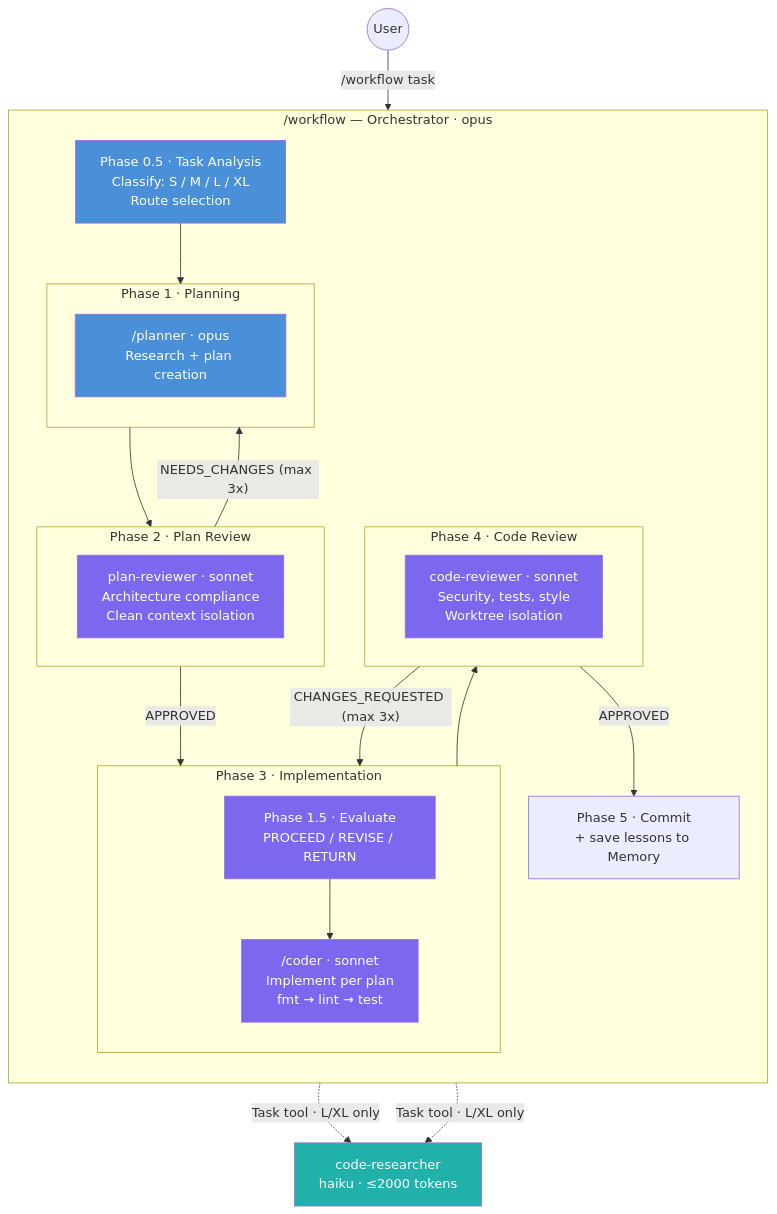
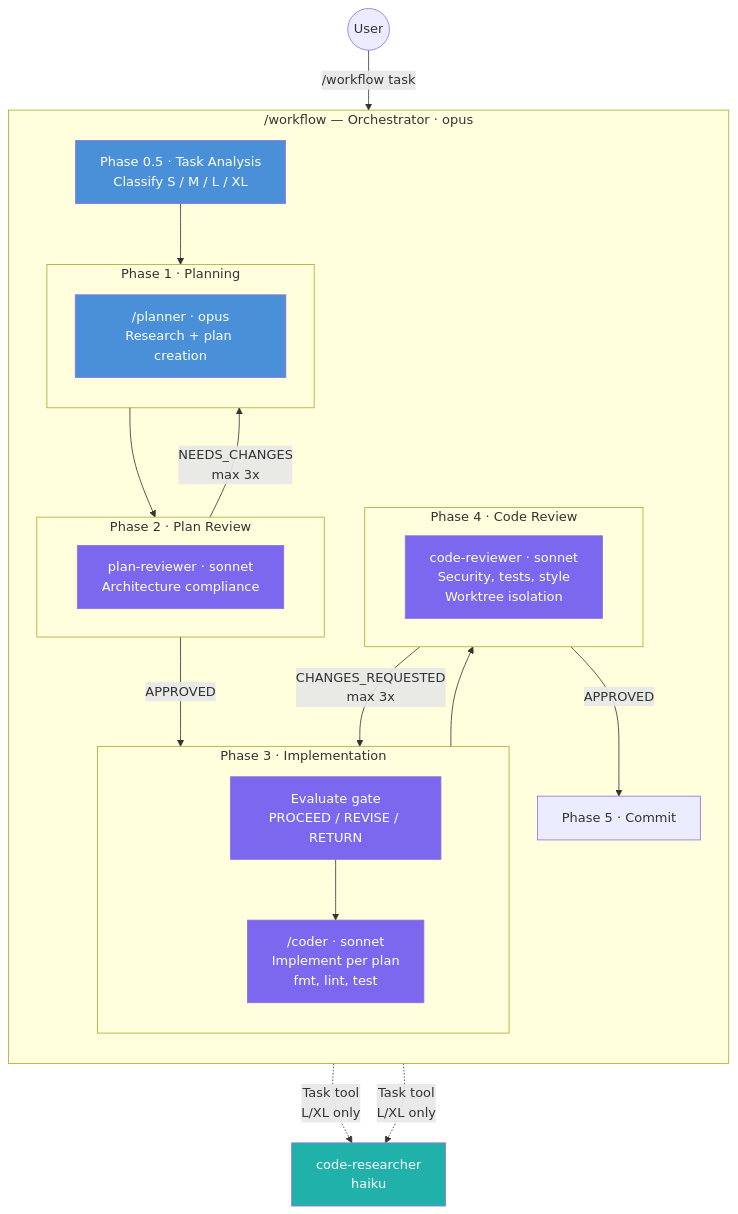
One commit to hex0xdeadbeef/claude-kit changed the first of 4 diagrams in README.md. Above: the diagram before and after it, drawn with Mermaid. The commit also changed other lines of this file, not shown here.

````diff
--- a/README.md
+++ b/README.md
@@ -178,49 +178,49 @@
 ```mermaid
 flowchart TB
-    USER((User)) -->|"/workflow task"| WF
+    USER((User)) -->|/workflow task| WF
 
     subgraph WF ["/workflow — Orchestrator · opus"]
         direction TB
-        TA["Phase 0.5 · Task Analysis\nClassify: S / M / L / XL\nRoute selection"]
+        TA[Phase 0.5 · Task Analysis<br/>Classify S / M / L / XL]
 
-        subgraph PLAN ["Phase 1 · Planning"]
-            PL["/planner · opus\nResearch + plan creation"]
+        subgraph PLAN [Phase 1 · Planning]
+            PL["/planner · opus<br/>Research + plan creation"]
         end
 
-        subgraph REVIEW1 ["Phase 2 · Plan Review"]
-            PR["plan-reviewer · sonnet\nArchitecture compliance\nClean context isolation"]
+        subgraph REVIEW1 [Phase 2 · Plan Review]
+            PR["plan-reviewer · sonnet<br/>Architecture compliance"]
         end
 
-        subgraph IMPL ["Phase 3 · Implementation"]
-            EV["Phase 1.5 · Evaluate\nPROCEED / REVISE / RETURN"]
-            CO["/coder · sonnet\nImplement per plan\nfmt → lint → test"]
+        subgraph IMPL [Phase 3 · Implementation]
+            EV[Evaluate gate<br/>PROCEED / REVISE / RETURN]
+            CO["/coder · sonnet<br/>Implement per plan<br/>fmt, lint, test"]
             EV --> CO
         end
 
-        subgraph REVIEW2 ["Phase 4 · Code Review"]
-            CR["code-reviewer · sonnet\nSecurity, tests, style\nWorktree isolation"]
+        subgraph REVIEW2 [Phase 4 · Code Review]
+            CR["code-reviewer · sonnet<br/>Security, tests, style<br/>Worktree isolation"]
         end
 
-        DONE["Phase 5 · Commit\n+ save lessons to Memory"]
+        DONE[Phase 5 · Commit]
 
         TA --> PLAN
         PLAN --> REVIEW1
         REVIEW1 -->|APPROVED| IMPL
         IMPL --> REVIEW2
         REVIEW2 -->|APPROVED| DONE
 
-        REVIEW1 -->|"NEEDS_CHANGES (max 3x)"| PLAN
-        REVIEW2 -->|"CHANGES_REQUESTED (max 3x)"| IMPL
+        REVIEW1 -->|NEEDS_CHANGES<br/>max 3x| PLAN
+        REVIEW2 -->|CHANGES_REQUESTED<br/>max 3x| IMPL
     end
 
-    PL -.->|"Task tool · L/XL only"| RES["code-researcher\nhaiku · ≤2000 tokens"]
-    CO -.->|"Task tool · L/XL only"| RES
+    PL -.->|Task tool<br/>L/XL only| RES[code-researcher<br/>haiku]
+    CO -.->|Task tool<br/>L/XL only| RES
 
     classDef opus fill:#4a90d9,color:#fff
     classDef sonnet fill:#7b68ee,color:#fff
     classDef haiku fill:#20b2aa,color:#fff
 
     class TA,PL opus
     class PR,CO,CR,EV sonnet
     class RES haiku
 ```
````
